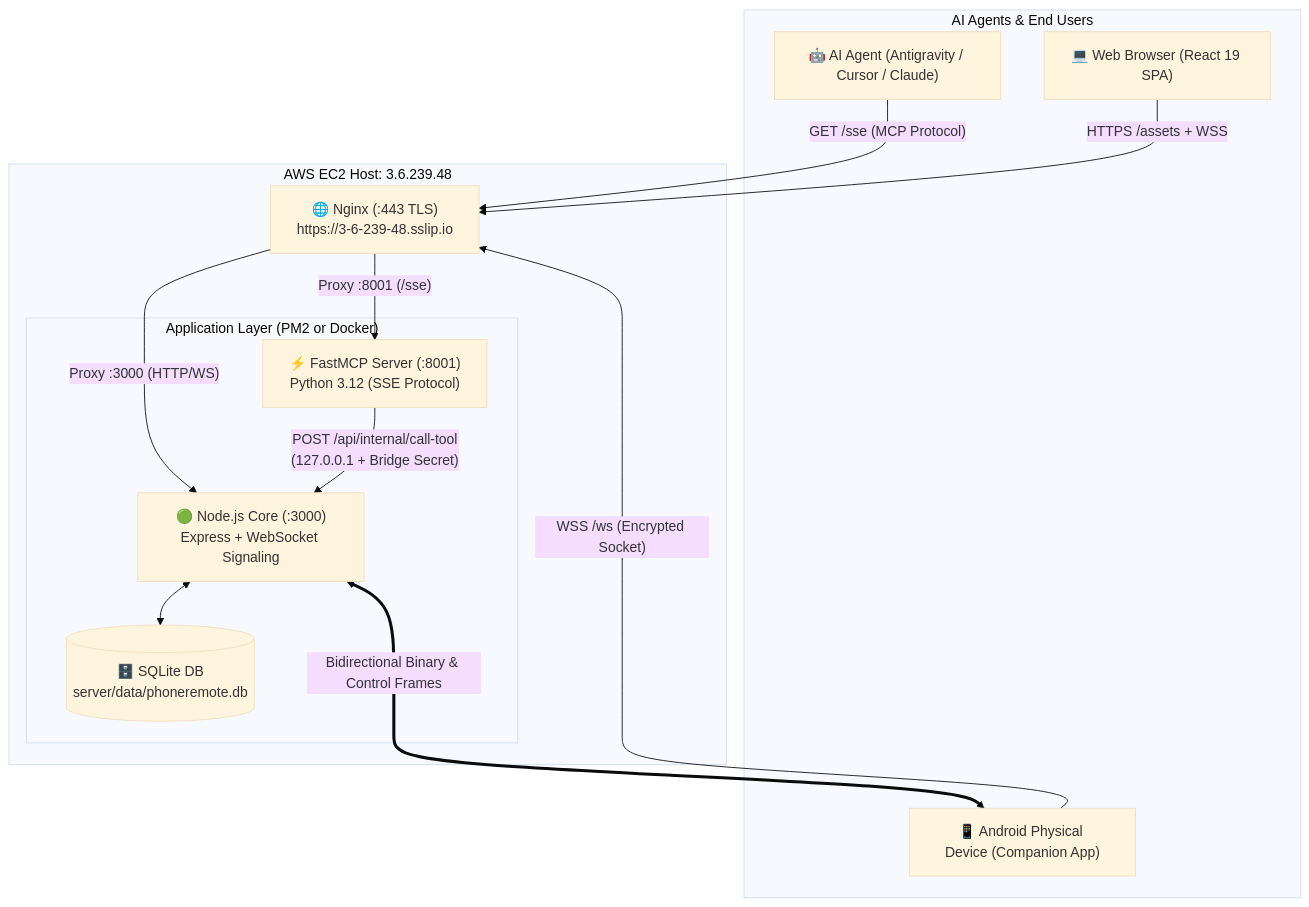
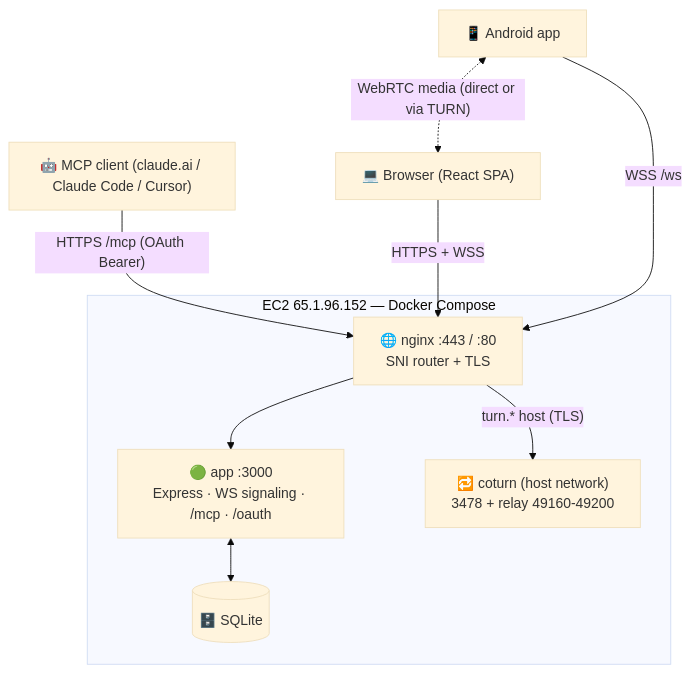
The diagram in PROJECT_MEMORY.md (GuptaOum/phone-remote), drawn with Mermaid (base theme) before and after one commit. The commit also changed other lines of this file, not shown here.

Commit message:
docs: refresh PROJECT_MEMORY for current EC2, Docker Compose, CI/CD and MCP-over-HTTP

````diff
--- a/PROJECT_MEMORY.md
+++ b/PROJECT_MEMORY.md
@@ -93,29 +71,21 @@
 ```mermaid
 flowchart TD
-    subgraph Clients [" AI Agents & End Users "]
-        Agent["🤖 AI Agent (Antigravity / Cursor / Claude)"]
-        Browser["💻 Web Browser (React 19 SPA)"]
-        Phone["📱 Android Physical Device (Companion App)"]
+    Agent["🤖 MCP client (claude.ai / Claude Code / Cursor)"]
+    Browser["💻 Browser (React SPA)"]
+    Phone["📱 Android app"]
+
+    subgraph EC2 [" EC2 65.1.96.152 — Docker Compose "]
+        Nginx["🌐 nginx :443 / :80<br/>SNI router + TLS"]
+        App["🟢 app :3000<br/>Express · WS signaling · /mcp · /oauth"]
+        DB[("🗄️ SQLite")]
+        Turn["🔁 coturn (host network)<br/>3478 + relay 49160-49200"]
     end
 
-    subgraph AWS [" AWS EC2 Host: 3.6.239.48 "]
-        Nginx["🌐 Nginx (:443 TLS)<br/>https://3-6-239-48.sslip.io"]
-        
-        subgraph Services [" Application Layer (PM2 or Docker) "]
-            Node["🟢 Node.js Core (:3000)<br/>Express + WebSocket Signaling"]
-            FastMCP["⚡ FastMCP Server (:8001)<br/>Python 3.12 (SSE Protocol)"]
-            SQLite[("🗄️ SQLite DB<br/>server/data/phoneremote.db")]
-        end
-    end
-
-    Agent -->|"GET /sse (MCP Protocol)"| Nginx
-    Browser -->|"HTTPS /assets + WSS"| Nginx
-    Phone -->|"WSS /ws (Encrypted Socket)"| Nginx
-
-    Nginx -->|"Proxy :3000 (HTTP/WS)"| Node
-    Nginx -->|"Proxy :8001 (/sse)"| FastMCP
-
-    FastMCP -->|"POST /api/internal/call-tool<br/>(127.0.0.1 + Bridge Secret)"| Node
-    Node <--> SQLite
-    Node <===>|"Bidirectional Binary & Control Frames"| Phone
+    Agent -->|"HTTPS /mcp (OAuth Bearer)"| Nginx
+    Browser -->|"HTTPS + WSS"| Nginx
+    Phone -->|"WSS /ws"| Nginx
+    Nginx -->|"turn.* host (TLS)"| Turn
+    Nginx --> App
+    App <--> DB
+    Phone <-.->|"WebRTC media (direct or via TURN)"| Browser
 ```
````
